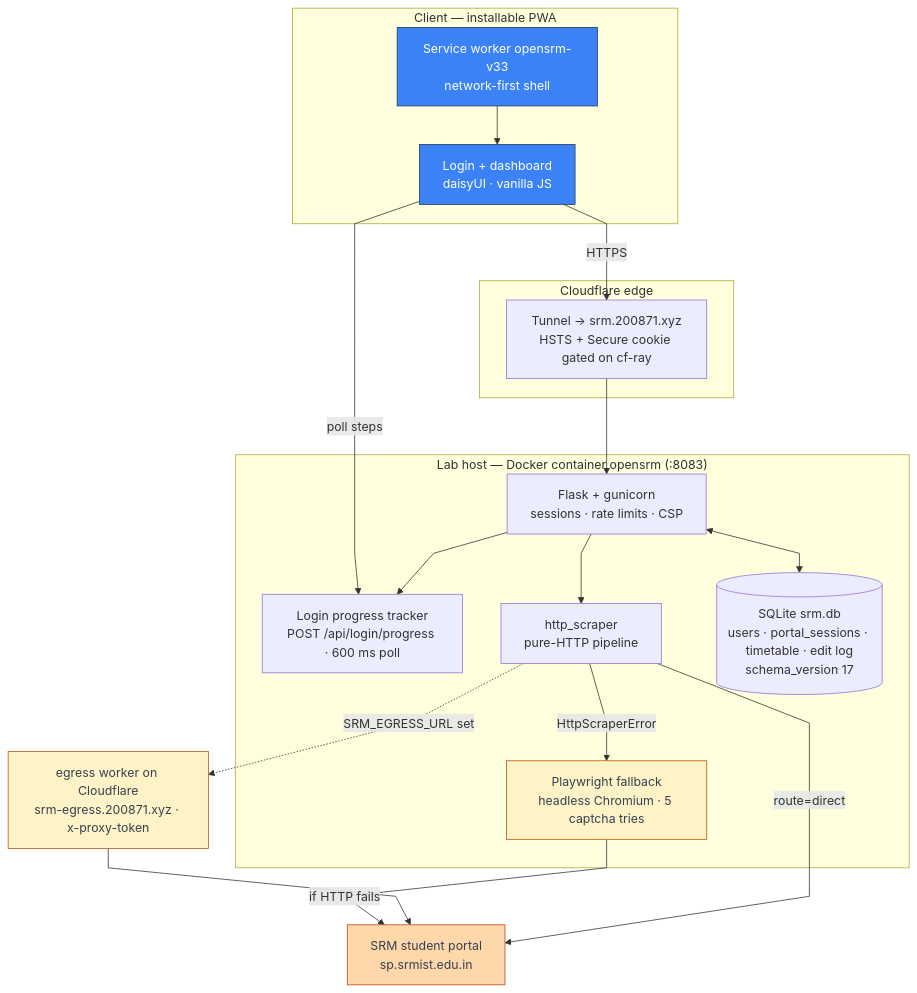
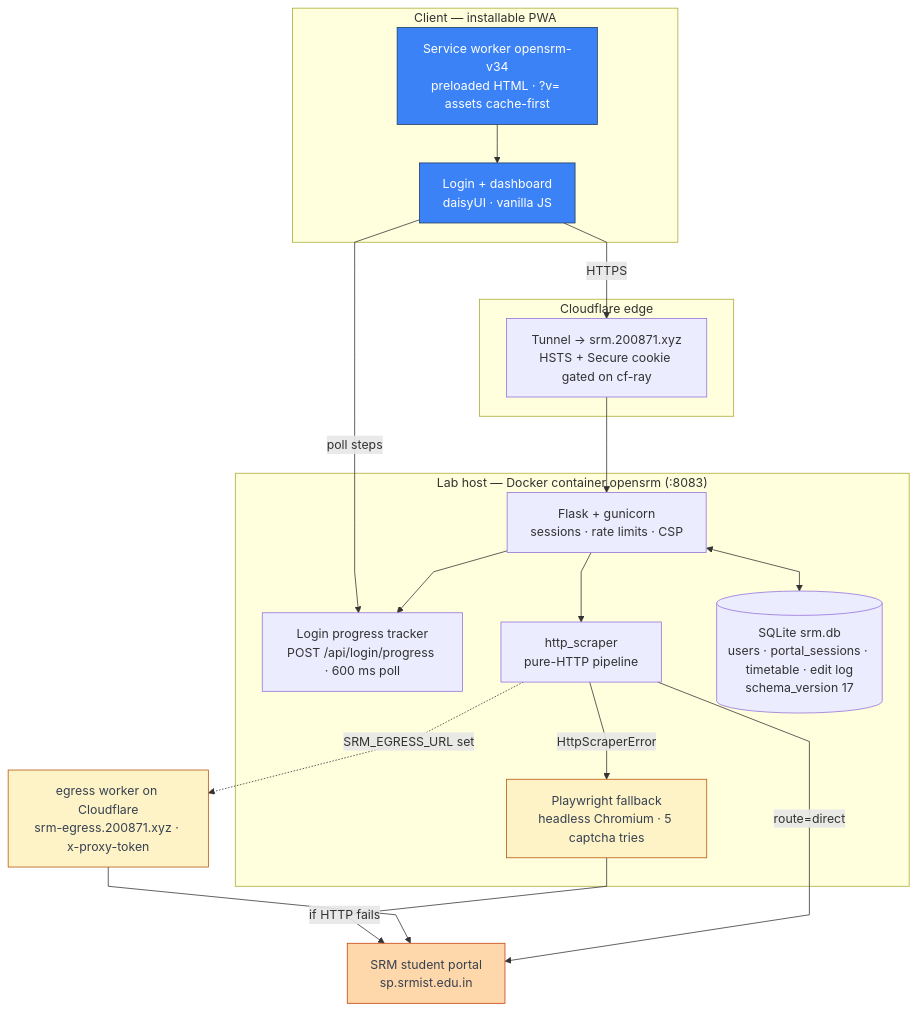
One commit to thenabbu/OpenSRM changed the first of 3 diagrams in README.md. Above: the diagram before and after it, drawn with Mermaid. The commit also changed other lines of this file and 33 other files, not shown here.

````diff
--- a/README.md
+++ b/README.md
@@ -71,43 +71,43 @@
 ```mermaid
 %%{init: {"flowchart": {"curve": "linear"}}}%%
 flowchart TD
     subgraph client["Client — installable PWA"]
         UI["Login + dashboard<br/>daisyUI · vanilla JS"]
-        SW["Service worker opensrm-v33<br/>network-first shell"]
+        SW["Service worker opensrm-v34<br/>preloaded HTML · ?v= assets cache-first"]
     end
 
     subgraph edge["Cloudflare edge"]
         TUN["Tunnel → srm.200871.xyz<br/>HSTS + Secure cookie gated on cf-ray"]
     end
 
     subgraph lab["Lab host — Docker container opensrm (:8083)"]
         FL["Flask + gunicorn<br/>sessions · rate limits · CSP"]
         PROG["Login progress tracker<br/>POST /api/login/progress · 600 ms poll"]
         HS["http_scraper<br/>pure-HTTP pipeline"]
         PW["Playwright fallback<br/>headless Chromium · 5 captcha tries"]
         DB[("SQLite srm.db<br/>users · portal_sessions · timetable · edit log<br/>schema_version 17")]
         FL --> PROG
         FL <--> DB
         FL --> HS
         HS -->|"HttpScraperError"| PW
     end
 
     EG["egress worker on Cloudflare<br/>srm-egress.200871.xyz · x-proxy-token"]
     P["SRM student portal<br/>sp.srmist.edu.in"]
 
     UI -->|"HTTPS"| TUN
     TUN --> FL
     SW --> UI
     UI -->|"poll steps"| PROG
     HS -->|"route=direct"| P
     HS -.->|"SRM_EGRESS_URL set"| EG
     EG --> P
     PW -->|"if HTTP fails"| P
 
     classDef client fill:#3b82f6,stroke:#1e3a5f,color:#ffffff
     classDef conditional fill:#fef3c7,stroke:#b45309,color:#374151
     classDef external fill:#fed7aa,stroke:#c2410c,color:#374151
     class UI,SW client
     class PW,EG conditional
     class P external
 ```
````
